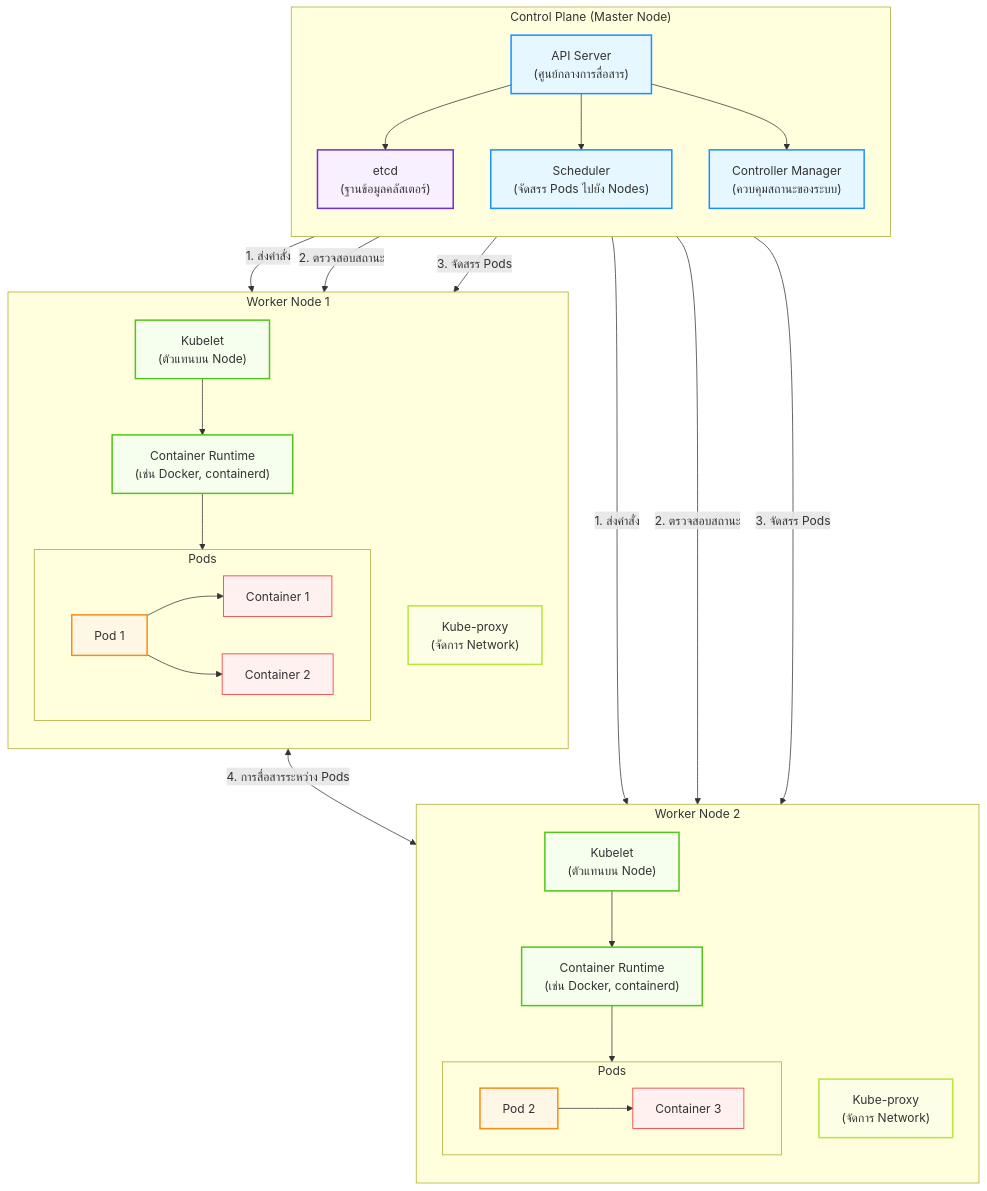
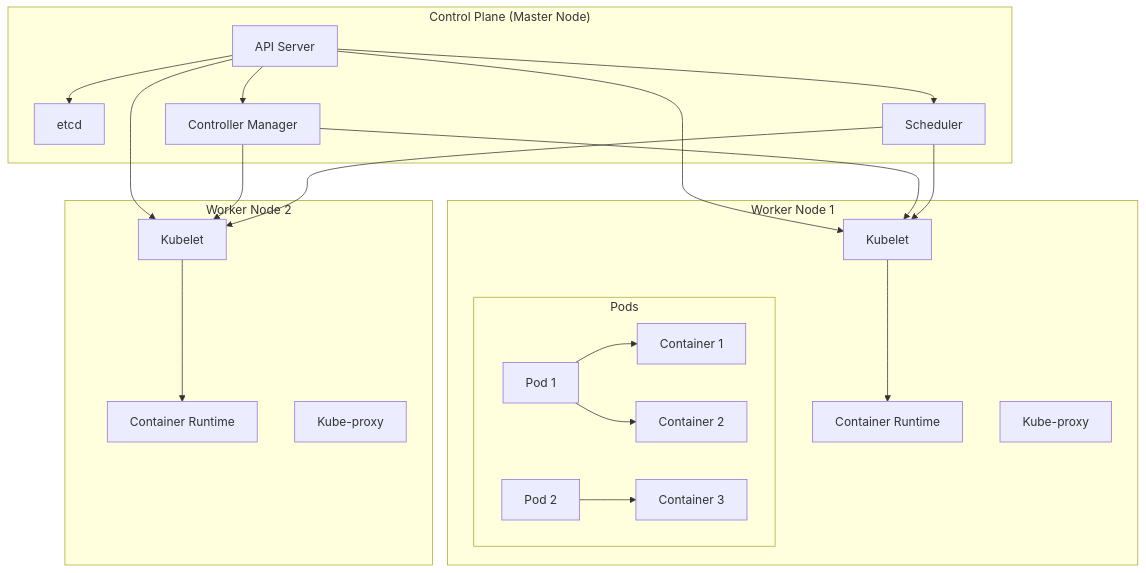
Before and after one commit to racksync/workshop-devops: the third of 6 diagrams in docs/08-Tutorial_Container_Orchestration.md, drawn with Mermaid. The commit also changed other lines of this file, not shown here.

Commit message:
feat: add abbreviations and resource names section to Container Orchestration tutorial

````diff
--- a/docs/08-Tutorial_Container_Orchestration.md
+++ b/docs/08-Tutorial_Container_Orchestration.md
@@ -292,66 +299,32 @@
 ```mermaid
 flowchart TB
-    %% Styling
-    classDef controlplane fill:#e6f7ff,stroke:#1890ff,stroke-width:2px
-    classDef etcd fill:#f9f0ff,stroke:#722ed1,stroke-width:2px
-    classDef node fill:#f6ffed,stroke:#52c41a,stroke-width:2px
-    classDef pod fill:#fff7e6,stroke:#fa8c16,stroke-width:2px
-    classDef container fill:#fff1f0,stroke:#f5222d,stroke-width:1px
-    classDef network fill:#fcffe6,stroke:#bae637,stroke-width:2px
-    
-    %% Control Plane Components
-    subgraph CP ["Control Plane (Master Node)"]
-        direction TB
-        API["API Server<br>(ศูนย์กลางการสื่อสาร)"]:::controlplane
-        ETCD["etcd<br>(ฐานข้อมูลคลัสเตอร์)"]:::etcd
-        SCH["Scheduler<br>(จัดสรร Pods ไปยัง Nodes)"]:::controlplane
-        CM["Controller Manager<br>(ควบคุมสถานะของระบบ)"]:::controlplane
-        
-        API --> ETCD
-        API --> SCH
-        API --> CM
+    subgraph "Control Plane (Master Node)"
+        API[API Server] --> ETCD[etcd]
+        API --> SCH[Scheduler]
+        API --> CM[Controller Manager]
     end
     
-    %% Worker Node 1
-    subgraph WN1 ["Worker Node 1"]
-        direction TB
-        KL1["Kubelet<br>(ตัวแทนบน Node)"]:::node
-        CR1["Container Runtime<br>(เช่น Docker, containerd)"]:::node
-        KP1["Kube-proxy<br>(จัดการ Network)"]:::network
-        
-        subgraph PODS1 ["Pods"]
-            direction LR
-            P1["Pod 1"]:::pod --> C1["Container 1"]:::container
-            P1 --> C2["Container 2"]:::container
+    subgraph "Worker Node 1"
+        KL1[Kubelet] --> CR1[Container Runtime]
+        KP1[Kube-proxy]
+        subgraph "Pods"
+            P1[Pod 1] --> C1[Container 1]
+            P1 --> C2[Container 2]
         end
-        
-        KL1 --> CR1
-        CR1 --> PODS1
     end
     
-    %% Worker Node 2
-    subgraph WN2 ["Worker Node 2"]
-        direction TB
-        KL2["Kubelet<br>(ตัวแทนบน Node)"]:::node
-        CR2["Container Runtime<br>(เช่น Docker, containerd)"]:::node
-        KP2["Kube-proxy<br>(จัดการ Network)"]:::network
-        
-        subgraph PODS2 ["Pods"]
-            P2["Pod 2"]:::pod --> C3["Container 3"]:::container
+    subgraph "Worker Node 2"
+        KL2[Kubelet] --> CR2[Container Runtime]
+        KP2[Kube-proxy]
+        subgraph "Pods"
+            P2[Pod 2] --> C3[Container 3]
         end
-        
-        KL2 --> CR2
-        CR2 --> PODS2
     end
     
-    %% Connections between components
-    API --"1. ส่งคำสั่ง"--> KL1
-    API --"1. ส่งคำสั่ง"--> KL2
-    CM --"2. ตรวจสอบสถานะ"--> KL1
-    CM --"2. ตรวจสอบสถานะ"--> KL2
-    SCH --"3. จัดสรร Pods"--> KL1
-    SCH --"3. จัดสรร Pods"--> KL2
-    
-    %% Network connections
-    KP1 <--"4. การสื่อสารระหว่าง Pods"--> KP2
+    API --> KL1
+    API --> KL2
+    CM --> KL1
+    CM --> KL2
+    SCH --> KL1
+    SCH --> KL2
 ```
````
